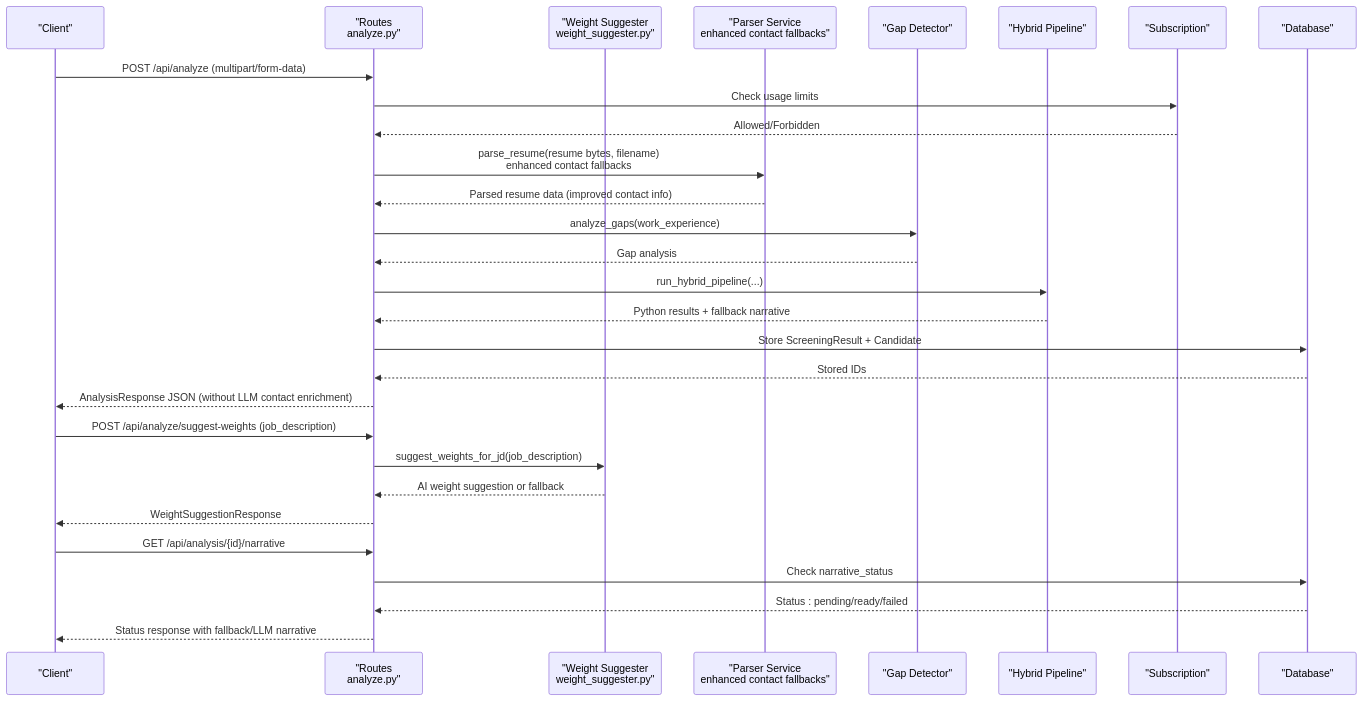
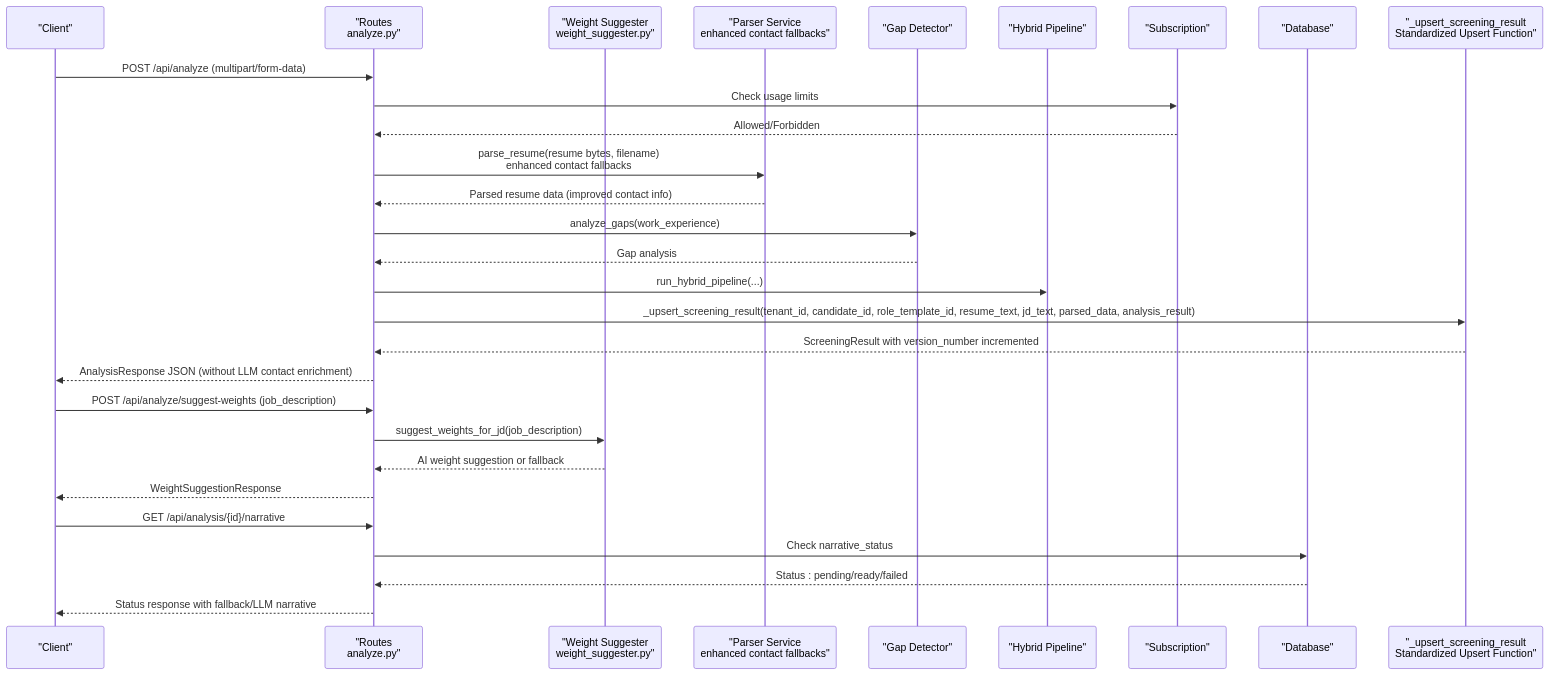
Before and after one commit to Revanththetalogics/aireume: the second of 3 diagrams in .qoder/repowiki/en/content/API Reference/Analysis Endpoints/Analysis Endpoints.md, drawn with Mermaid. The commit also changed other lines of this file and 12 other files, not shown here.

````diff
--- a/.qoder/repowiki/en/content/API Reference/Analysis Endpoints/Analysis Endpoints.md
+++ b/.qoder/repowiki/en/content/API Reference/Analysis Endpoints/Analysis Endpoints.md
@@ -129,31 +131,31 @@
 ```mermaid
 sequenceDiagram
 participant C as "Client"
 participant R as "Routes<br/>analyze.py"
 participant WS as "Weight Suggester<br/>weight_suggester.py"
 participant P as "Parser Service<br/>enhanced contact fallbacks"
 participant G as "Gap Detector"
 participant H as "Hybrid Pipeline"
 participant S as "Subscription"
 participant D as "Database"
+participant U as "_upsert_screening_result<br/>Standardized Upsert Function"
 C->>R : POST /api/analyze (multipart/form-data)
 R->>S : Check usage limits
 S-->>R : Allowed/Forbidden
 R->>P : parse_resume(resume bytes, filename)<br/>enhanced contact fallbacks
 P-->>R : Parsed resume data (improved contact info)
 R->>G : analyze_gaps(work_experience)
 G-->>R : Gap analysis
 R->>H : run_hybrid_pipeline(...)
-H-->>R : Python results + fallback narrative
-R->>D : Store ScreeningResult + Candidate
-D-->>R : Stored IDs
+R->>U : _upsert_screening_result(tenant_id, candidate_id, role_template_id, resume_text, jd_text, parsed_data, analysis_result)
+U-->>R : ScreeningResult with version_number incremented
 R-->>C : AnalysisResponse JSON (without LLM contact enrichment)
 C->>R : POST /api/analyze/suggest-weights (job_description)
 R->>WS : suggest_weights_for_jd(job_description)
 WS-->>R : AI weight suggestion or fallback
 R-->>C : WeightSuggestionResponse
 C->>R : GET /api/analysis/{id}/narrative
 R->>D : Check narrative_status
 D-->>R : Status : pending/ready/failed
 R-->>C : Status response with fallback/LLM narrative
 ```
````
